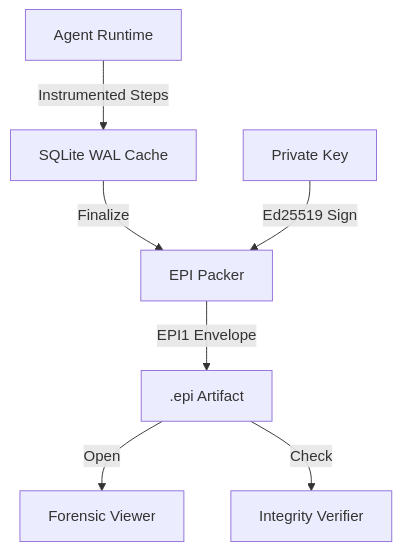
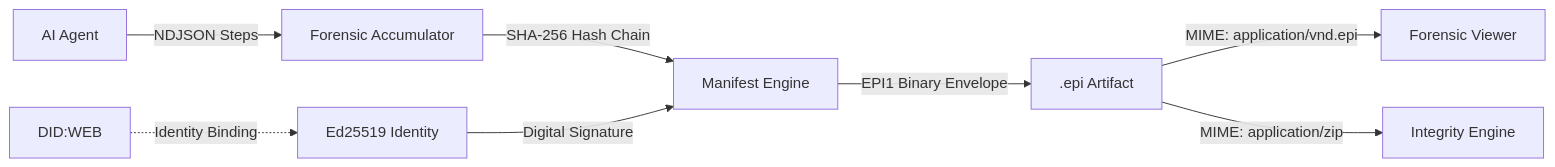
One commit to mohdibrahimaiml/EPI-RECORDER changed the diagram in README.md. Above: the diagram before and after it, drawn with Mermaid. The commit also changed other lines of this file, not shown here.

````diff
--- a/README.md
+++ b/README.md
@@ -94,9 +85,10 @@
 ```mermaid
-graph TD
-    A[Agent Runtime] -->|Instrumented Steps| B[SQLite WAL Cache]
-    B -->|Finalize| C[EPI Packer]
-    D[Private Key] -->|Ed25519 Sign| C
-    C -->|EPI1 Envelope| E[.epi Artifact]
-    E -->|Open| F[Forensic Viewer]
-    E -->|Check| G[Integrity Verifier]
+graph LR
+    A[AI Agent] -->|NDJSON Steps| B[Forensic Accumulator]
+    B -->|SHA-256 Hash Chain| C[Manifest Engine]
+    D[Ed25519 Identity] -->|Digital Signature| C
+    C -->|EPI1 Binary Envelope| E[.epi Artifact]
+    E -->|MIME: application/vnd.epi| F[Forensic Viewer]
+    E -->|MIME: application/zip| G[Integrity Engine]
+    H[DID:WEB] -.->|Identity Binding| D
 ```
````
